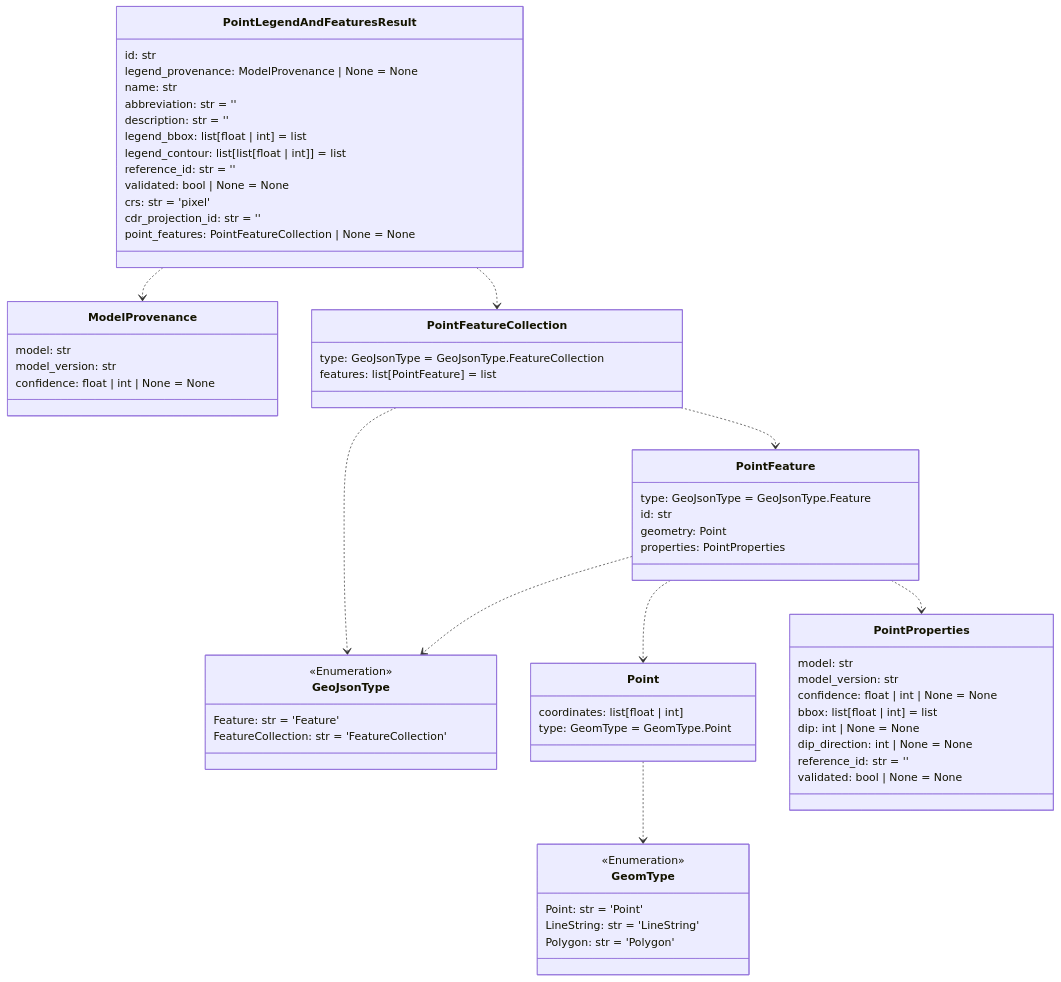
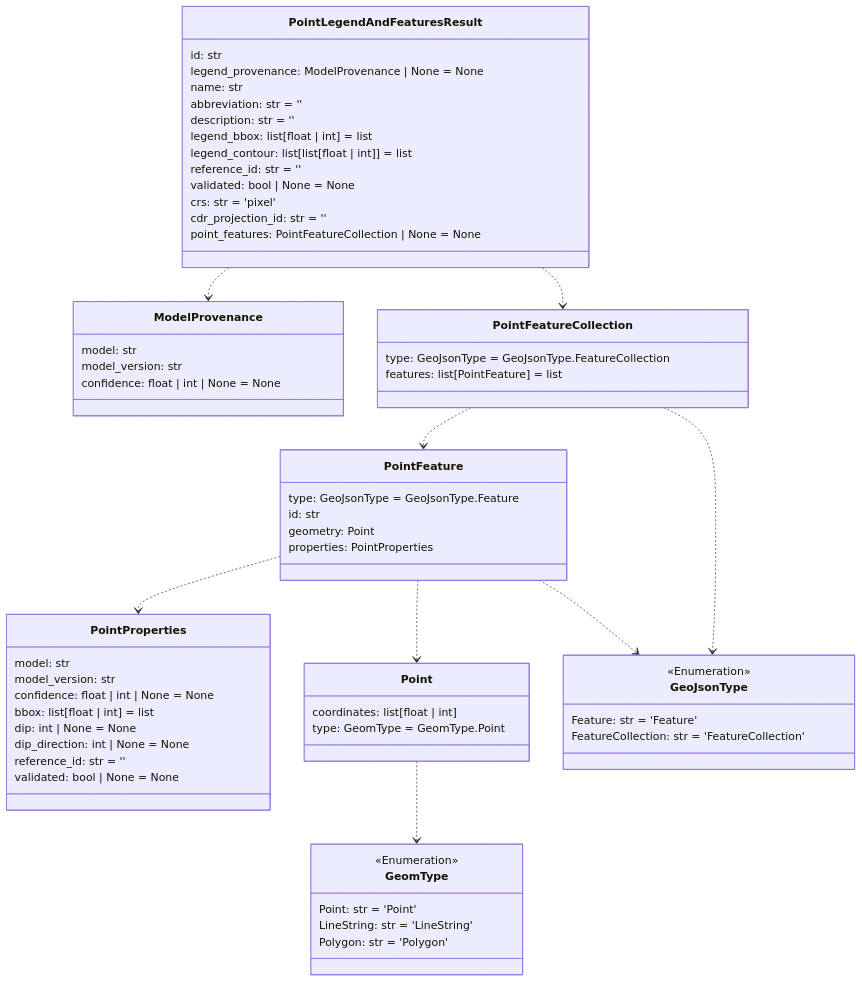
The fifth of 14 diagrams in README.md (DARPA-CRITICALMAAS/cdr_schemas), drawn with Mermaid before and after one commit. The commit also changed other lines of this file and 3 other files, not shown here.

First line of the commit message:
Beak-TA3 BNN and SOM Schema Additions (#79)

````diff
--- a/README.md
+++ b/README.md
@@ -368,76 +368,76 @@
 ```mermaid
 classDiagram
 
-    class GeoJsonType {
-        <<Enumeration>>
-        Feature: str = 'Feature'
-        FeatureCollection: str = 'FeatureCollection'
+    class PointProperties {
+        model: str
+        model_version: str
+        confidence: float | int | None = None
+        bbox: list[float | int] = list
+        dip: int | None = None
+        dip_direction: int | None = None
+        reference_id: str = ''
+        validated: bool | None = None
     }
 
-    class GeomType {
-        <<Enumeration>>
-        Point: str = 'Point'
-        LineString: str = 'LineString'
-        Polygon: str = 'Polygon'
-    }
-
-    class PointFeature {
-        type: GeoJsonType = GeoJsonType.Feature
-        id: str
-        geometry: Point
-        properties: PointProperties
-    }
-
-    class Point {
-        coordinates: list[float | int]
-        type: GeomType = GeomType.Point
+    class PointFeatureCollection {
+        type: GeoJsonType = GeoJsonType.FeatureCollection
+        features: list[PointFeature] = list
     }
 
     class PointLegendAndFeaturesResult {
         id: str
         legend_provenance: ModelProvenance | None = None
         name: str
         abbreviation: str = ''
         description: str = ''
         legend_bbox: list[float | int] = list
         legend_contour: list[list[float | int]] = list
         reference_id: str = ''
         validated: bool | None = None
         crs: str = 'pixel'
         cdr_projection_id: str = ''
         point_features: PointFeatureCollection | None = None
     }
 
+    class GeoJsonType {
+        <<Enumeration>>
+        Feature: str = 'Feature'
+        FeatureCollection: str = 'FeatureCollection'
+    }
+
+    class PointFeature {
+        type: GeoJsonType = GeoJsonType.Feature
+        id: str
+        geometry: Point
+        properties: PointProperties
+    }
+
     class ModelProvenance {
         model: str
         model_version: str
         confidence: float | int | None = None
     }
 
-    class PointFeatureCollection {
-        type: GeoJsonType = GeoJsonType.FeatureCollection
-        features: list[PointFeature] = list
+    class GeomType {
+        <<Enumeration>>
+        Point: str = 'Point'
+        LineString: str = 'LineString'
+        Polygon: str = 'Polygon'
     }
 
-    class PointProperties {
-        model: str
-        model_version: str
-        confidence: float | int | None = None
-        bbox: list[float | int] = list
-        dip: int | None = None
-        dip_direction: int | None = None
-        reference_id: str = ''
-        validated: bool | None = None
+    class Point {
+        coordinates: list[float | int]
+        type: GeomType = GeomType.Point
     }
 
     Point ..> GeomType
+    PointFeature ..> PointProperties
     PointFeature ..> Point
-    PointFeature ..> PointProperties
     PointFeature ..> GeoJsonType
+    PointFeatureCollection ..> PointFeature
     PointFeatureCollection ..> GeoJsonType
-    PointFeatureCollection ..> PointFeature
     PointLegendAndFeaturesResult ..> ModelProvenance
     PointLegendAndFeaturesResult ..> PointFeatureCollection
 
 
 ```
````
